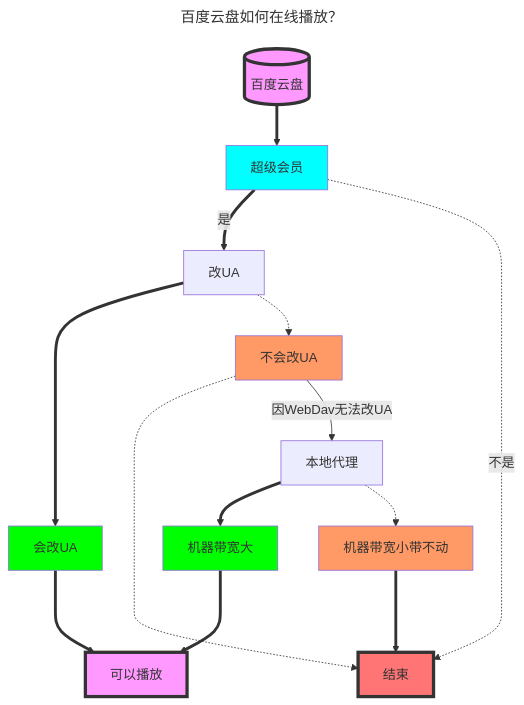
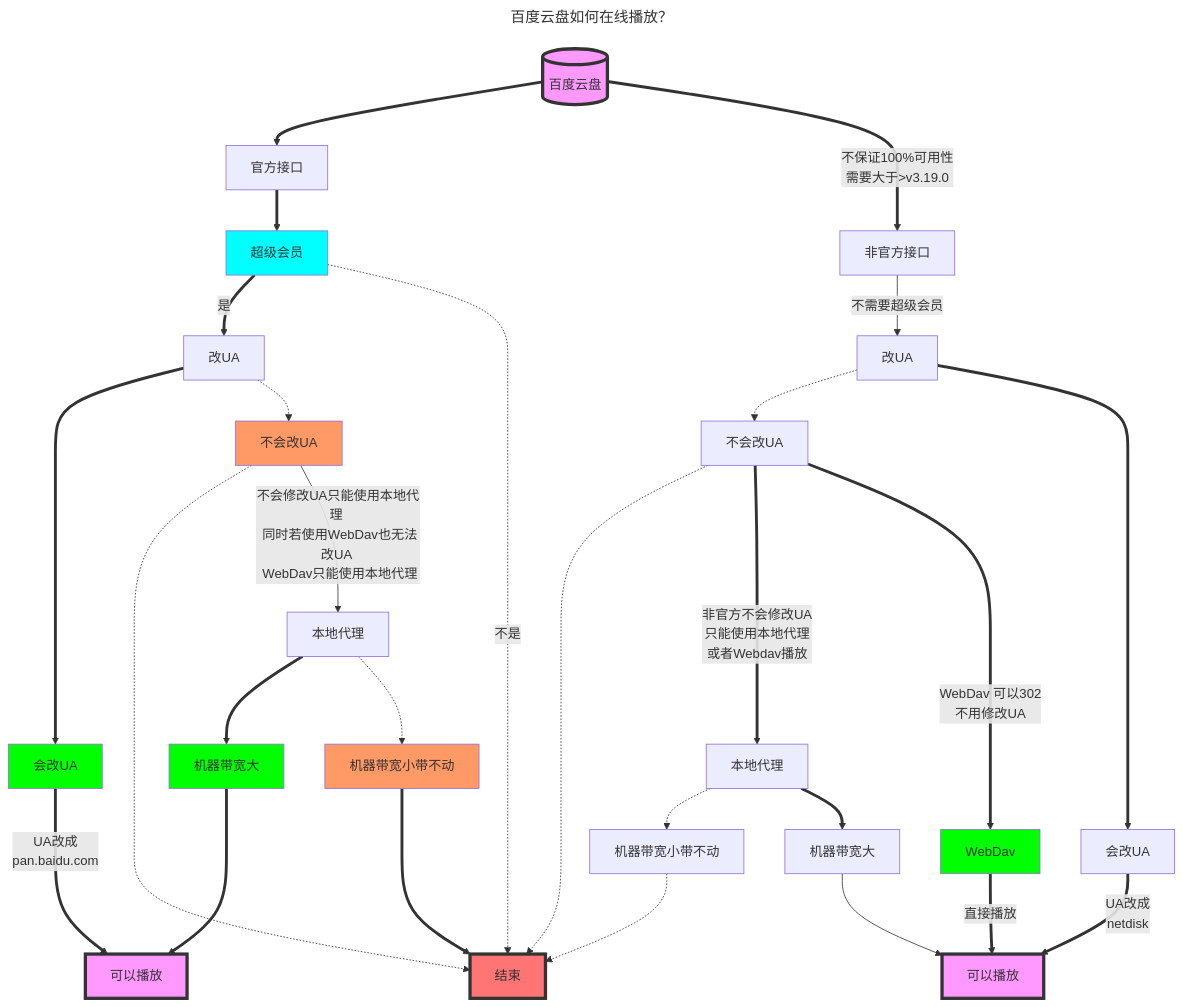
Before and after one commit to alist-org/docs: the first of 2 diagrams in docs/zh/guide/drivers/baidu.md, drawn with Mermaid. The commit also changed other lines of this file and 39 other files, not shown here.

````diff
--- a/docs/zh/guide/drivers/baidu.md
+++ b/docs/zh/guide/drivers/baidu.md
@@ -31,35 +31,60 @@
 ```mermaid
 ---
 title: 百度云盘如何在线播放？
 ---
 flowchart TB
   style l fill:#f9f,stroke:#333,stroke-width:4px
+  style ll fill:#f9f,stroke:#333,stroke-width:4px
   style m fill:#ff7575,stroke:#333,stroke-width:4px
   style a fill:#f9f,stroke:#333,stroke-width:4px
   classDef class1 fill:#0f0
   classDef class2 fill:#0ff
   classDef class3 fill:#f96
   a[(百度云盘)]
+  1[官方接口]
+  2[非官方接口]
   b[超级会员]
   c[改UA]
   d[会改UA]
   e[不会改UA]
   f[本地代理]
   g[机器带宽大]
   k[机器带宽小带不动]
   l[可以播放]
   m[结束]
-  a ==> b
+  a ==> 1
+  1 ==> b
   b:::class2 ==>|是| c
   b -.->|不是| m
   c ==> d
   c -.-> e
-  d:::class1 ===> l
+  d:::class1 ===>|UA改成 \n pan.baidu.com| l
   e:::class3 -.-> m
-  e:::class3 -->|因WebDav无法改UA| f
+  e:::class3 -->|不会修改UA只能使用本地代理 \n 同时若使用WebDav也无法改UA \n WebDav只能使用本地代理| f
   f ==> g
   f -.-> k
   g:::class1 ===> l
   k:::class3 ===> m
-  click c,e,d,m "#添加-user-agent-使用示例"
+  a ==>|不保证100%可用性 \n 需要大于>v3.19.0| 2
+  cc[改UA]
+  dd[会改UA]
+  ee[不会改UA]
+  mm[WebDav]
+  ff[本地代理]
+  ll[可以播放]
+  gg[机器带宽大]
+  kk[机器带宽小带不动]
+  2 --> |不需要超级会员| cc
+  cc -.-> ee
+  cc ==> dd
+  dd ==>|UA改成 \n netdisk| ll
+  mm:::class1 ==> |直接播放| ll
+  ee -.-> m
+  ee ===> |非官方不会修改UA \n 只能使用本地代理\n 或者Webdav播放| ff
+  ee ===> |WebDav 可以302 \n 不用修改UA| mm
+  ff -.-> kk
+  ff ==> gg
+  kk -.-> m
+  gg --> ll
+  click c,e,d,m,cc,dd,ee "#添加-user-agent-使用示例"
 ```
````
